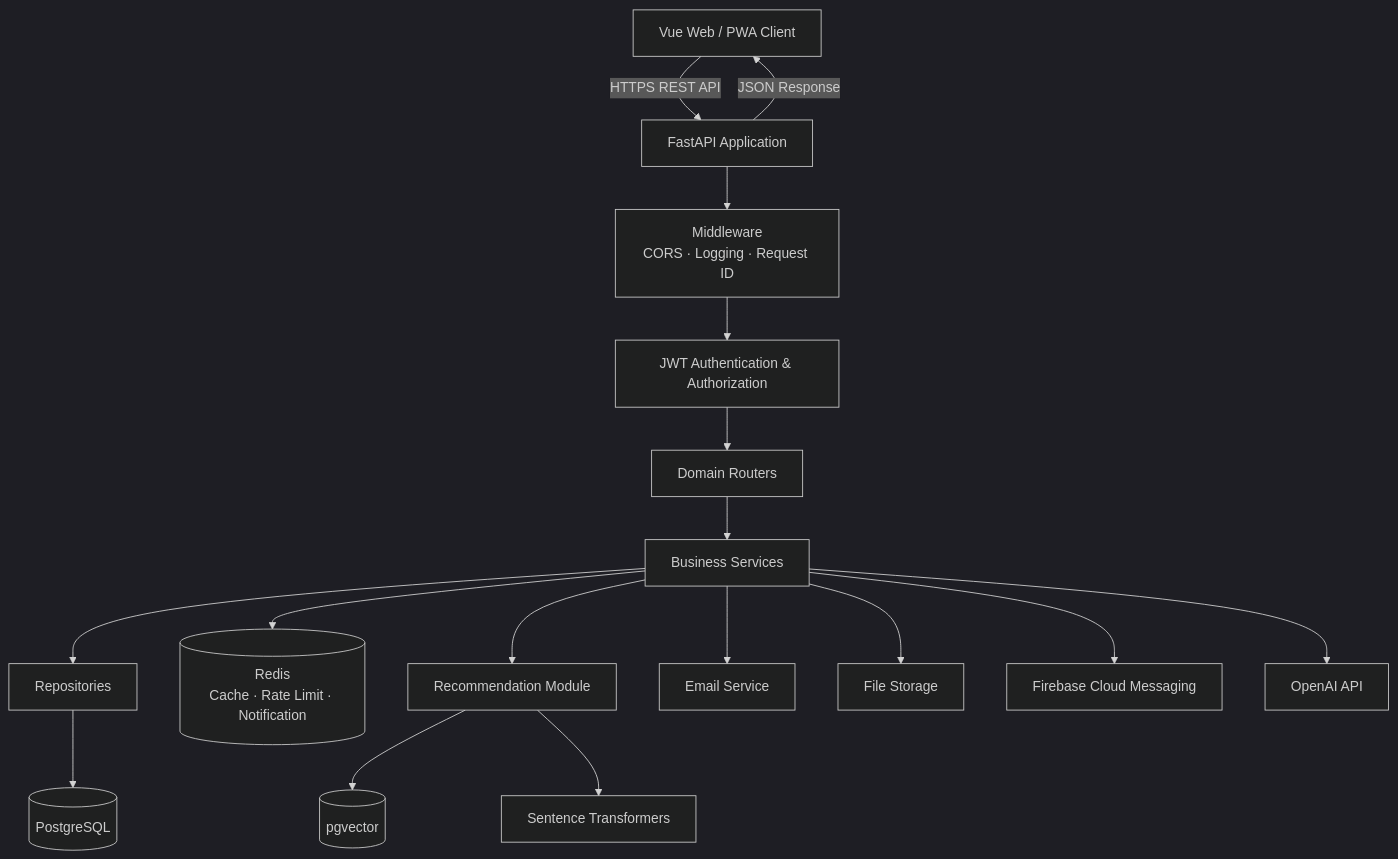
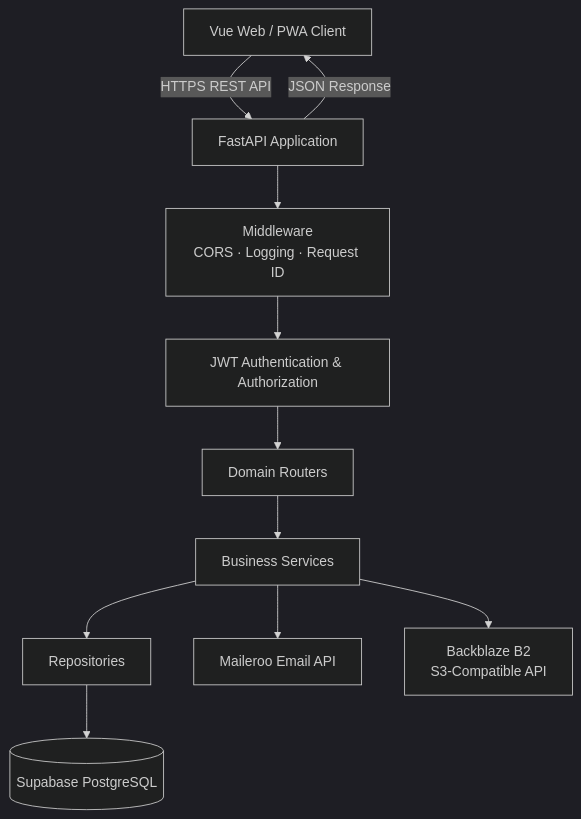
The first of 3 diagrams in README.md (sidefit12/sidefit12-backend), drawn with Mermaid (dark theme) before and after one commit. The commit also changed other lines of this file and 14 other files, not shown here.

````diff
--- a/README.md
+++ b/README.md
@@ -101,23 +100,16 @@
 ```mermaid
 flowchart TD
     Client[Vue Web / PWA Client] -->|HTTPS REST API| API[FastAPI Application]
 
     API --> Middleware[Middleware<br/>CORS · Logging · Request ID]
     Middleware --> Auth[JWT Authentication & Authorization]
     Auth --> Router[Domain Routers]
     Router --> Service[Business Services]
     Service --> Repository[Repositories]
 
-    Repository --> PostgreSQL[(PostgreSQL)]
-    Service --> Redis[(Redis<br/>Cache · Rate Limit · Notification)]
-    Service --> Recommendation[Recommendation Module]
-    Recommendation --> Vector[(pgvector)]
-    Recommendation --> Embedding[Sentence Transformers]
-
-    Service --> Email[Email Service]
-    Service --> Storage[File Storage]
-    Service --> FCM[Firebase Cloud Messaging]
-    Service --> OpenAI[OpenAI API]
+    Repository --> PostgreSQL[(Supabase PostgreSQL)]
+    Service --> Email[Maileroo Email API]
+    Service --> Storage[Backblaze B2<br/>S3-Compatible API]
 
     API -->|JSON Response| Client
 ```
````
